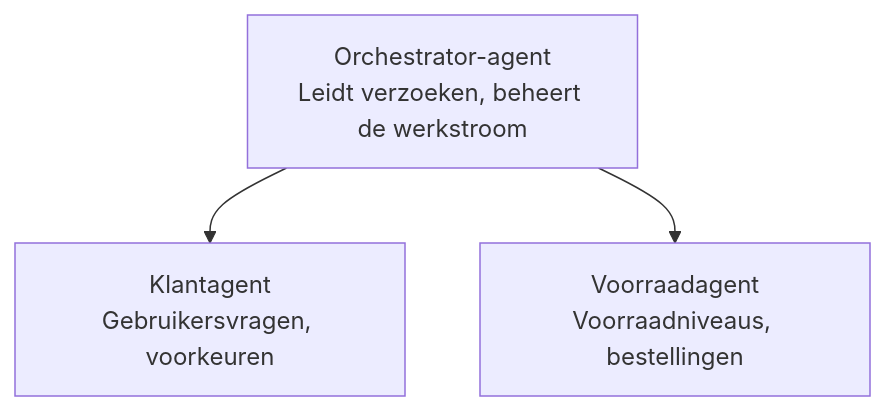
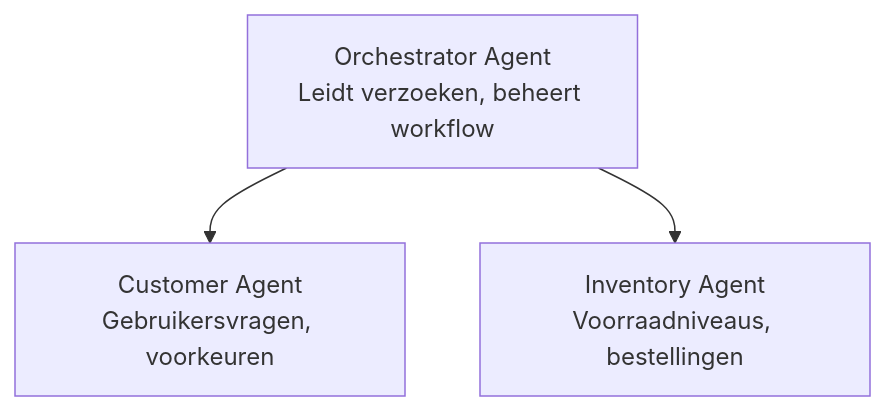
The diagram in translations/nl/docs/chapter-05-multi-agent/README.md (microsoft/AZD-for-beginners), drawn with Mermaid before and after one commit. The commit also changed other lines of this file and 104 other files, not shown here.

````diff
--- a/translations/nl/docs/chapter-05-multi-agent/README.md
+++ b/translations/nl/docs/chapter-05-multi-agent/README.md
@@ -52,5 +54,5 @@
 ```mermaid
 graph TD
-    Orchestrator[Orchestrator-agent<br/>Leidt verzoeken, beheert de werkstroom] --> Customer[Klantagent<br/>Gebruikersvragen, voorkeuren]
-    Orchestrator --> Inventory[Voorraadagent<br/>Voorraadniveaus, bestellingen]
+    Orchestrator[Orchestrator Agent<br/>Leidt verzoeken, beheert workflow] --> Customer[Customer Agent<br/>Gebruikersvragen, voorkeuren]
+    Orchestrator --> Inventory[Inventory Agent<br/>Voorraadniveaus, bestellingen]
 ```
````
